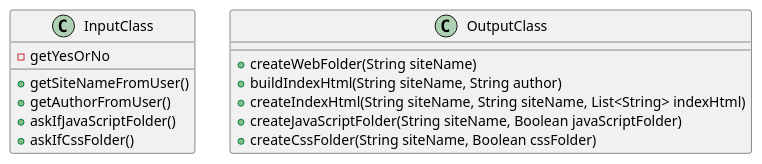
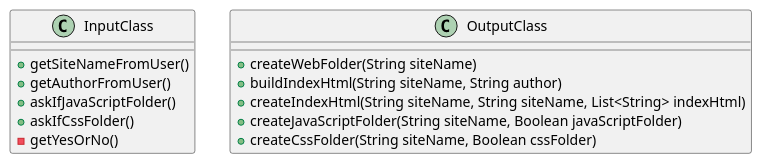
Before and after one commit to BlakeLoch/lochmandy-a04: the diagram in exercise43/docs/Class Diagram.puml, drawn with PlantUML. The commit also changed 2 other files, not shown here.

Commit message:
Fix exercise43 OutputClass and Class Diagram

```diff
--- a/exercise43/docs/Class Diagram.puml
+++ b/exercise43/docs/Class Diagram.puml
@@ -1,20 +1,20 @@
 @startuml
 
 class InputClass {
   +getSiteNameFromUser()
   +getAuthorFromUser()
   +askIfJavaScriptFolder()
   +askIfCssFolder()
-  -getYesOrNo
+  -getYesOrNo()
 }
 
 
 class OutputClass {
   +createWebFolder(String siteName)
   +buildIndexHtml(String siteName, String author)
   +createIndexHtml(String siteName, String siteName, List<String> indexHtml)
   +createJavaScriptFolder(String siteName, Boolean javaScriptFolder)
   +createCssFolder(String siteName, Boolean cssFolder)
 }
 
 @enduml
```
